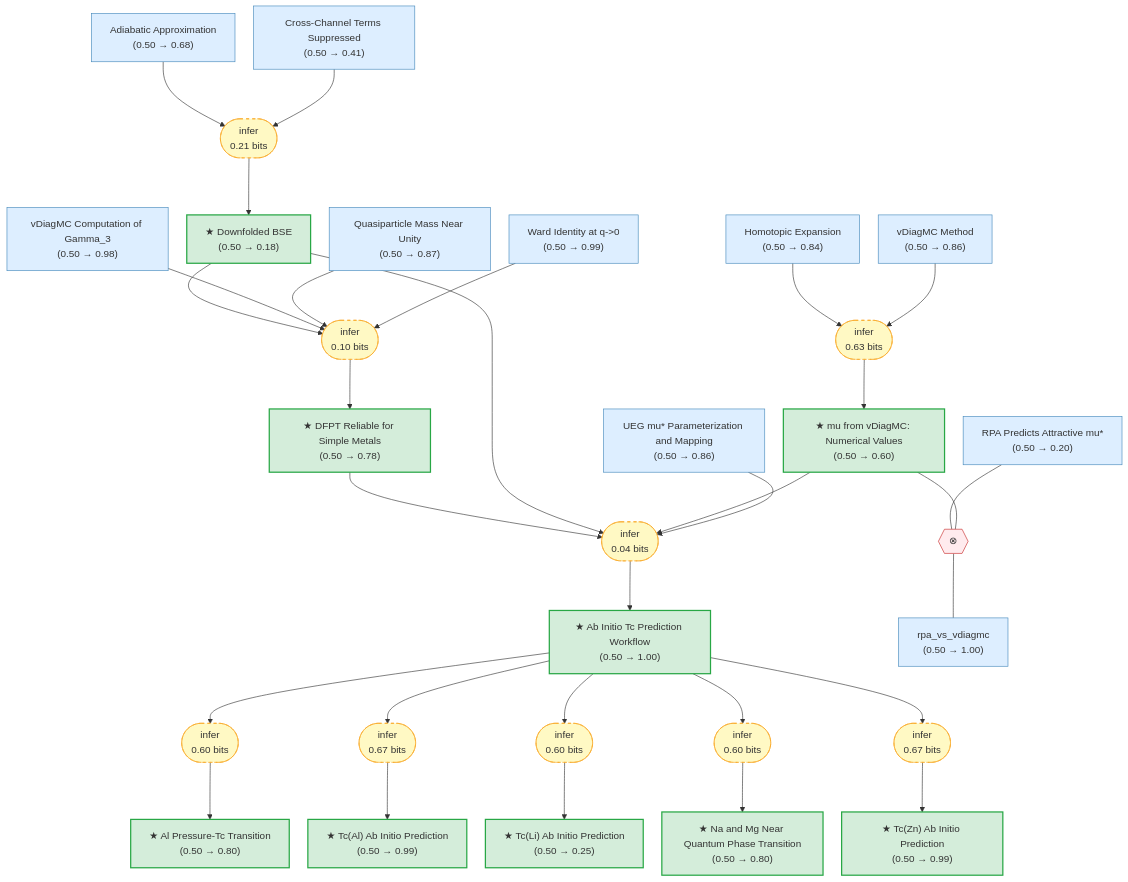
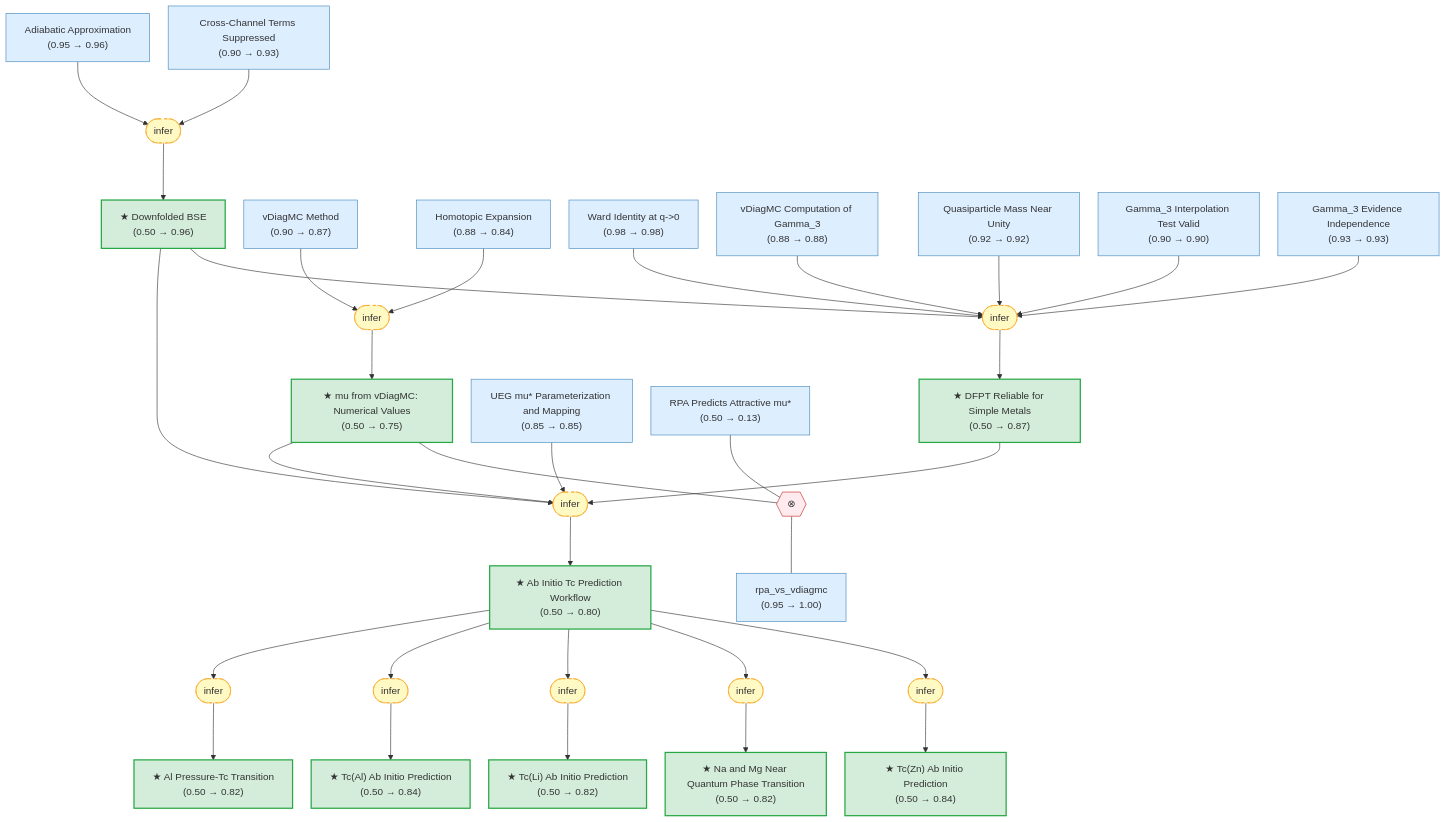
One commit to kunyuan/SuperconductivityElectronLiquids.gaia changed the diagram in .github-output/README.md. Above: the diagram before and after it, drawn with Mermaid. The commit also changed other lines of this file and 44 other files, not shown here.

````diff
--- a/.github-output/README.md
+++ b/.github-output/README.md
@@ -15,72 +10,76 @@
 ```mermaid
 ---
 config:
   flowchart:
     rankSpacing: 80
     nodeSpacing: 30
 ---
 graph TB
-    adiabatic_approx["Adiabatic Approximation\n(0.50 → 0.68)"]:::premise
-    cross_term_suppressed["Cross-Channel Terms Suppressed\n(0.50 → 0.41)"]:::premise
-    downfolded_bse["★ Downfolded BSE\n(0.50 → 0.18)"]:::exported
-    vdiagmc_method["vDiagMC Method\n(0.50 → 0.86)"]:::premise
-    homotopic_expansion["Homotopic Expansion\n(0.50 → 0.84)"]:::premise
-    mu_vdiagmc_values["★ mu from vDiagMC: Numerical Values\n(0.50 → 0.60)"]:::exported
-    ward_identity["Ward Identity at q->0\n(0.50 → 0.99)"]:::premise
-    gamma3_vdiagmc["vDiagMC Computation of Gamma_3\n(0.50 → 0.98)"]:::premise
-    quasiparticle_mass_near_unity["Quasiparticle Mass Near Unity\n(0.50 → 0.87)"]:::premise
-    dfpt_reliable_for_simple_metals["★ DFPT Reliable for Simple Metals\n(0.50 → 0.78)"]:::exported
-    ueg_pseudopotential_parameterization["UEG mu#ast; Parameterization and Mapping\n(0.50 → 0.86)"]:::premise
-    ab_initio_workflow["★ Ab Initio Tc Prediction Workflow\n(0.50 → 1.00)"]:::exported
-    tc_al_predicted["★ Tc(Al) Ab Initio Prediction\n(0.50 → 0.99)"]:::exported
-    tc_zn_predicted["★ Tc(Zn) Ab Initio Prediction\n(0.50 → 0.99)"]:::exported
-    tc_li_predicted["★ Tc(Li) Ab Initio Prediction\n(0.50 → 0.25)"]:::exported
-    al_pressure_transition["★ Al Pressure-Tc Transition\n(0.50 → 0.80)"]:::exported
-    tc_mg_na_near_qpt["★ Na and Mg Near Quantum Phase Transition\n(0.50 → 0.80)"]:::exported
-    rpa_vs_vdiagmc["rpa_vs_vdiagmc\n(0.50 → 1.00)"]:::premise
-    rpa_predicts_attractive_mu["RPA Predicts Attractive mu#ast;\n(0.50 → 0.20)"]:::premise
-    strat_0(["infer\n0.60 bits"]):::weak
+    adiabatic_approx["Adiabatic Approximation\n(0.95 → 0.96)"]:::premise
+    cross_term_suppressed["Cross-Channel Terms Suppressed\n(0.90 → 0.93)"]:::premise
+    downfolded_bse["★ Downfolded BSE\n(0.50 → 0.96)"]:::exported
+    vdiagmc_method["vDiagMC Method\n(0.90 → 0.87)"]:::premise
+    homotopic_expansion["Homotopic Expansion\n(0.88 → 0.84)"]:::premise
+    mu_vdiagmc_values["★ mu from vDiagMC: Numerical Values\n(0.50 → 0.75)"]:::exported
+    ward_identity["Ward Identity at q->0\n(0.98 → 0.98)"]:::premise
+    gamma3_vdiagmc["vDiagMC Computation of Gamma_3\n(0.88 → 0.88)"]:::premise
+    quasiparticle_mass_near_unity["Quasiparticle Mass Near Unity\n(0.92 → 0.92)"]:::premise
+    gamma3_interpolation_test_valid["Gamma_3 Interpolation Test Valid\n(0.90 → 0.90)"]:::premise
+    gamma3_evidence_independent["Gamma_3 Evidence Independence\n(0.93 → 0.93)"]:::premise
+    dfpt_reliable_for_simple_metals["★ DFPT Reliable for Simple Metals\n(0.50 → 0.87)"]:::exported
+    ueg_pseudopotential_parameterization["UEG mu#ast; Parameterization and Mapping\n(0.85 → 0.85)"]:::premise
+    ab_initio_workflow["★ Ab Initio Tc Prediction Workflow\n(0.50 → 0.80)"]:::exported
+    tc_al_predicted["★ Tc(Al) Ab Initio Prediction\n(0.50 → 0.84)"]:::exported
+    tc_zn_predicted["★ Tc(Zn) Ab Initio Prediction\n(0.50 → 0.84)"]:::exported
+    tc_li_predicted["★ Tc(Li) Ab Initio Prediction\n(0.50 → 0.82)"]:::exported
+    al_pressure_transition["★ Al Pressure-Tc Transition\n(0.50 → 0.82)"]:::exported
+    tc_mg_na_near_qpt["★ Na and Mg Near Quantum Phase Transition\n(0.50 → 0.82)"]:::exported
+    rpa_vs_vdiagmc["rpa_vs_vdiagmc\n(0.95 → 1.00)"]:::premise
+    rpa_predicts_attractive_mu["RPA Predicts Attractive mu#ast;\n(0.50 → 0.13)"]:::premise
+    strat_0(["infer"]):::weak
     ab_initio_workflow --> strat_0
     strat_0 --> al_pressure_transition
-    strat_1(["infer\n0.67 bits"]):::weak
+    strat_1(["infer"]):::weak
     ab_initio_workflow --> strat_1
     strat_1 --> tc_al_predicted
-    strat_2(["infer\n0.60 bits"]):::weak
+    strat_2(["infer"]):::weak
     ab_initio_workflow --> strat_2
     strat_2 --> tc_li_predicted
-    strat_3(["infer\n0.60 bits"]):::weak
+    strat_3(["infer"]):::weak
     ab_initio_workflow --> strat_3
     strat_3 --> tc_mg_na_near_qpt
-    strat_4(["infer\n0.67 bits"]):::weak
+    strat_4(["infer"]):::weak
     ab_initio_workflow --> strat_4
     strat_4 --> tc_zn_predicted
-    strat_5(["infer\n0.21 bits"]):::weak
+    strat_5(["infer"]):::weak
     adiabatic_approx --> strat_5
     cross_term_suppressed --> strat_5
     strat_5 --> downfolded_bse
-    strat_6(["infer\n0.04 bits"]):::weak
+    strat_6(["infer"]):::weak
     dfpt_reliable_for_simple_metals --> strat_6
     downfolded_bse --> strat_6
     mu_vdiagmc_values --> strat_6
     ueg_pseudopotential_parameterization --> strat_6
     strat_6 --> ab_initio_workflow
-    strat_7(["infer\n0.10 bits"]):::weak
+    strat_7(["infer"]):::weak
     downfolded_bse --> strat_7
+    gamma3_evidence_independent --> strat_7
+    gamma3_interpolation_test_valid --> strat_7
     gamma3_vdiagmc --> strat_7
     quasiparticle_mass_near_unity --> strat_7
     ward_identity --> strat_7
     strat_7 --> dfpt_reliable_for_simple_metals
-    strat_8(["infer\n0.63 bits"]):::weak
+    strat_8(["infer"]):::weak
     homotopic_expansion --> strat_8
     vdiagmc_method --> strat_8
     strat_8 --> mu_vdiagmc_values
     oper_0{{"⊗"}}:::contra
     rpa_predicts_attractive_mu --- oper_0
     mu_vdiagmc_values --- oper_0
     oper_0 --- rpa_vs_vdiagmc
 
     classDef premise fill:#ddeeff,stroke:#4488bb,color:#333
     classDef exported fill:#d4edda,stroke:#28a745,stroke-width:2px,color:#333
     classDef weak fill:#fff9c4,stroke:#f9a825,stroke-dasharray: 5 5,color:#333
     classDef contra fill:#ffebee,stroke:#c62828,color:#333
 ```
````
